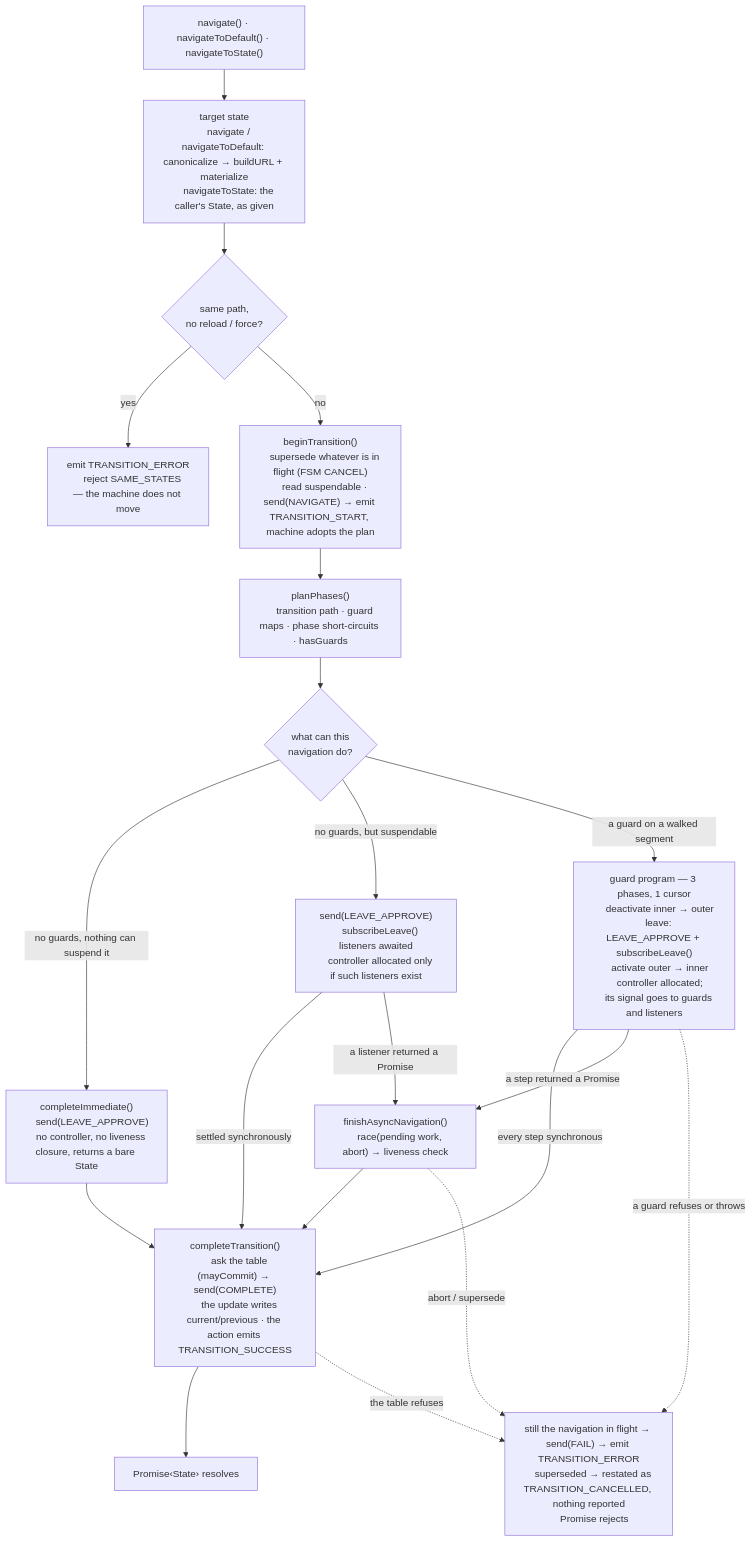
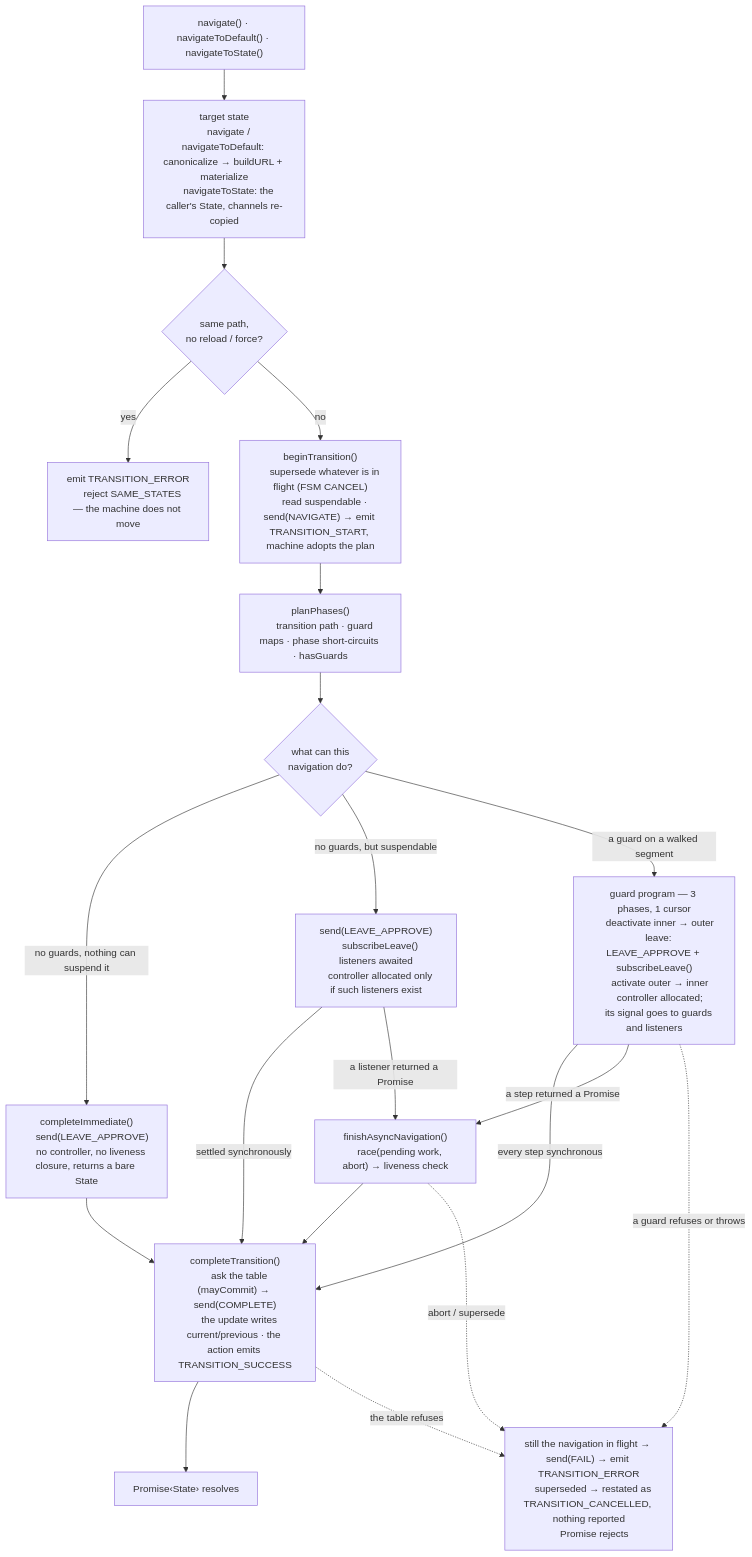
Before and after one commit to greydragon888/real-router: the third of 3 diagrams in ARCHITECTURE.md, drawn with Mermaid. The commit also changed other lines of this file and 3 other files, not shown here.

````diff
--- a/ARCHITECTURE.md
+++ b/ARCHITECTURE.md
@@ -379,60 +379,60 @@
 ```mermaid
 flowchart TD
     ENTRY["navigate() · navigateToDefault() · navigateToState()"] --> BUILD
 
     BUILD["target state
     navigate / navigateToDefault: canonicalize → buildURL + materialize
-    navigateToState: the caller's State, as given"] --> SAME
+    navigateToState: the caller's State, channels re-copied"] --> SAME
 
     SAME{"same path,
     no reload / force?"}
     SAME -->|yes| SAMEERR["emit TRANSITION_ERROR
     reject SAME_STATES — the machine does not move"]
 
     SAME -->|no| BEGIN["beginTransition()
     supersede whatever is in flight (FSM CANCEL)
     read suspendable · send(NAVIGATE) → emit TRANSITION_START, machine adopts the plan"]
 
     BEGIN --> PLAN["planPhases()
     transition path · guard maps · phase short-circuits · hasGuards"]
 
     PLAN --> ARC{"what can this
     navigation do?"}
 
     ARC -->|"no guards, nothing can suspend it"| IMMEDIATE["completeImmediate()
     send(LEAVE_APPROVE)
     no controller, no liveness closure, returns a bare State"]
 
     ARC -->|"no guards, but suspendable"| LEAVE["send(LEAVE_APPROVE)
     subscribeLeave() listeners awaited
     controller allocated only if such listeners exist"]
 
     ARC -->|"a guard on a walked segment"| GUARDS["guard program — 3 phases, 1 cursor
     deactivate inner → outer
     leave: LEAVE_APPROVE + subscribeLeave()
     activate outer → inner
     controller allocated;
     its signal goes to guards and listeners"]
 
     IMMEDIATE --> COMPLETE
     LEAVE -->|"settled synchronously"| COMPLETE
     GUARDS -->|"every step synchronous"| COMPLETE
     LEAVE -->|"a listener returned a Promise"| ASYNC
     GUARDS -->|"a step returned a Promise"| ASYNC
 
     ASYNC["finishAsyncNavigation()
     race(pending work, abort) → liveness check"] --> COMPLETE
 
     COMPLETE["completeTransition()
     ask the table (mayCommit) → send(COMPLETE)
     the update writes current/previous · the action emits TRANSITION_SUCCESS"]
     COMPLETE --> RESOLVE["Promise‹State› resolves"]
 
     GUARDS -.->|"a guard refuses or throws"| ERR
     ASYNC -.->|"abort / supersede"| ERR
     COMPLETE -.->|"the table refuses"| ERR
 
     ERR["still the navigation in flight → send(FAIL) → emit TRANSITION_ERROR
     superseded → restated as TRANSITION_CANCELLED, nothing reported
     Promise rejects"]
 ```
````
